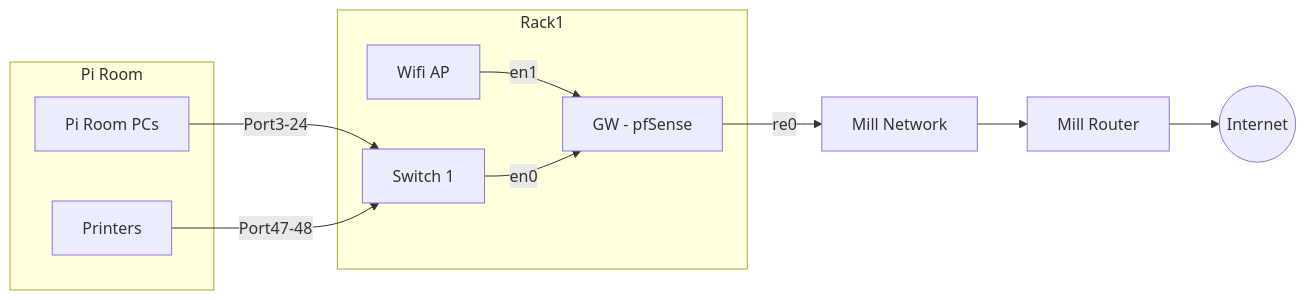
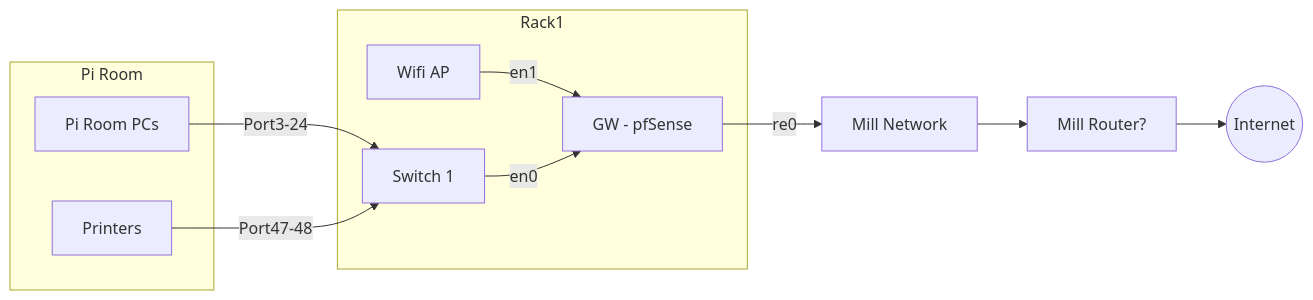
One commit to leigh-hackspace/HackspaceWiki changed the first of 2 diagrams in docs/membership/member_information/network_layout.md. Above: the diagram before and after it, drawn with Mermaid. The commit also changed other lines of this file, not shown here.

Commit message:
Update network layout

````diff
--- a/docs/membership/member_information/network_layout.md
+++ b/docs/membership/member_information/network_layout.md
@@ -15,16 +16,16 @@
 ```mermaid
 graph LR
     subgraph Rack1
+    GW[GW - pfSense] 
     AP[Wifi AP] -->|en1| GW
     SWITCH1[Switch 1] -->|en0| GW
-    GW[GW - pfSense] 
     end
+
     GW -->|re0| MILL
-    MILL[Mill Network] --> MILLROUTER[Mill Router] --> INTERNET((Internet))
+    MILL[Mill Network] --> MILLROUTER[Mill Router?] --> INTERNET((Internet))
     
     subgraph Pi Room
     PIROOMPC[Pi Room PCs] -->|Port3-24| SWITCH1
     PRINTERS[Printers] -->|Port47-48| SWITCH1
     end
-
 ```
````
